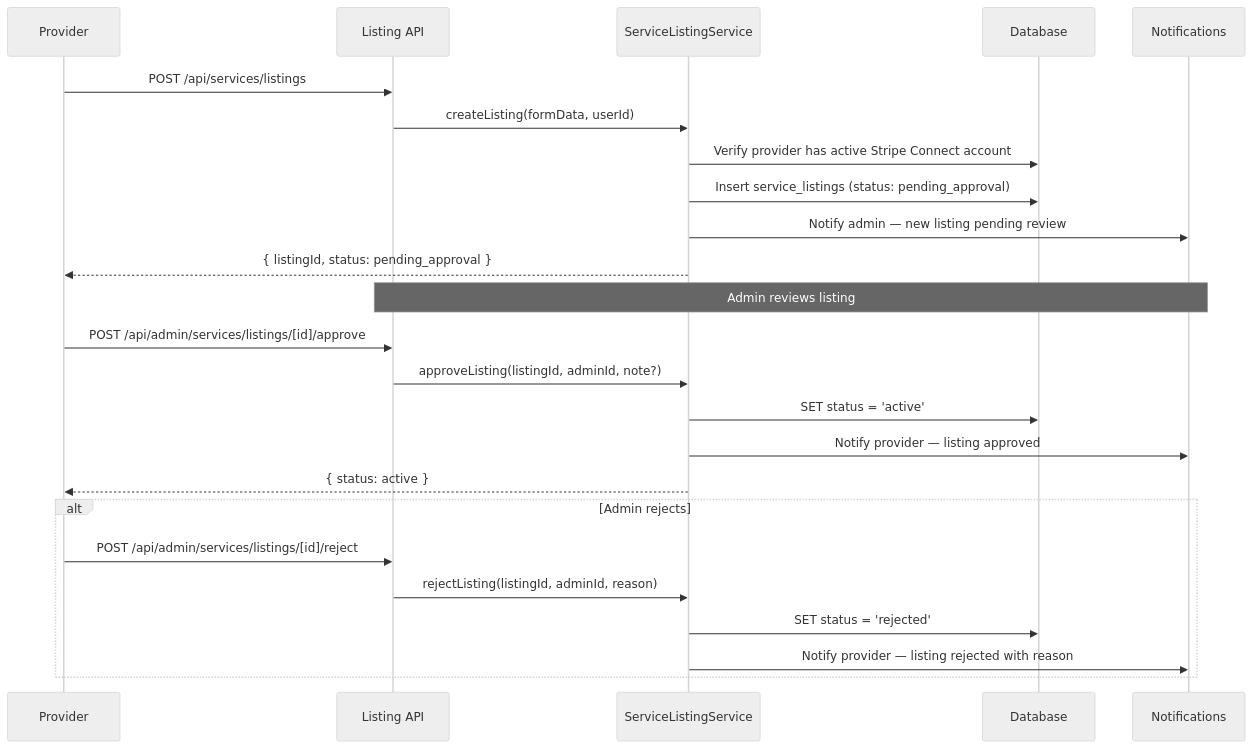
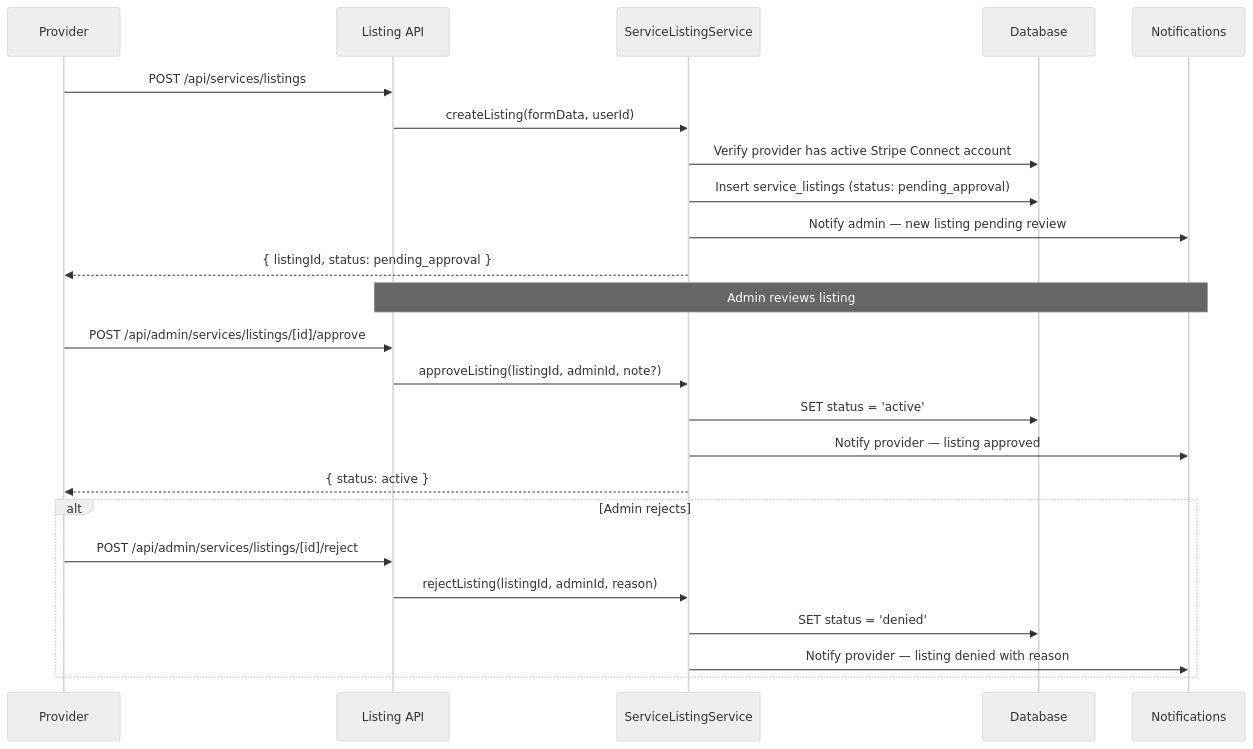
One commit to dustinwalkup/hoador-web changed the first of 4 diagrams in specs/services/phase1/2-design.md. Above: the diagram before and after it, drawn with Mermaid (neutral theme). The commit also changed other lines of this file and 213 other files, not shown here.

````diff
--- a/specs/services/phase1/2-design.md
+++ b/specs/services/phase1/2-design.md
@@ -68,30 +68,30 @@
 ```mermaid
 sequenceDiagram
     participant Provider
     participant API as Listing API
     participant SLS as ServiceListingService
     participant DB as Database
     participant Notif as Notifications
 
     Provider->>API: POST /api/services/listings
     API->>SLS: createListing(formData, userId)
     SLS->>DB: Verify provider has active Stripe Connect account
     SLS->>DB: Insert service_listings (status: pending_approval)
     SLS->>Notif: Notify admin — new listing pending review
     SLS-->>Provider: { listingId, status: pending_approval }
 
     Note over API,Notif: Admin reviews listing
 
     Provider->>API: POST /api/admin/services/listings/[id]/approve
     API->>SLS: approveListing(listingId, adminId, note?)
     SLS->>DB: SET status = 'active'
     SLS->>Notif: Notify provider — listing approved
     SLS-->>Provider: { status: active }
 
     alt Admin rejects
         Provider->>API: POST /api/admin/services/listings/[id]/reject
         API->>SLS: rejectListing(listingId, adminId, reason)
-        SLS->>DB: SET status = 'rejected'
-        SLS->>Notif: Notify provider — listing rejected with reason
+        SLS->>DB: SET status = 'denied'
+        SLS->>Notif: Notify provider — listing denied with reason
     end
 ```
````
